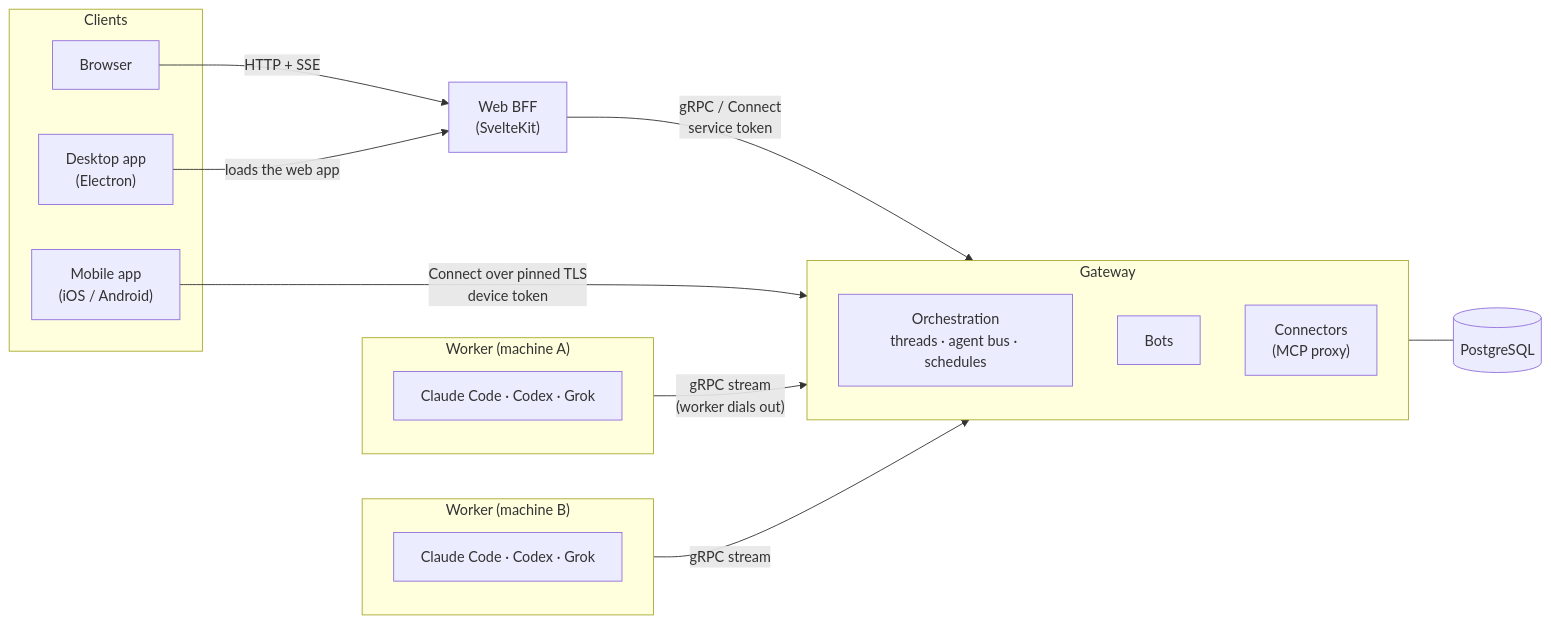
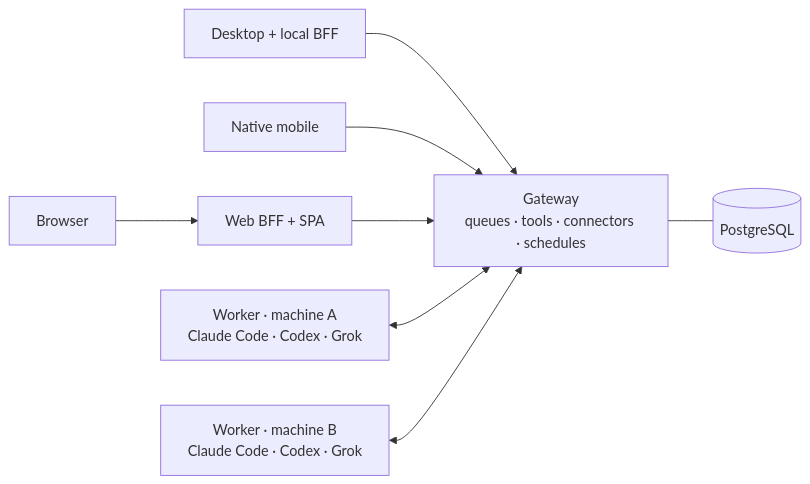
The diagram in README.md (itsoltech/canopy), drawn with Mermaid before and after one commit. The commit also changed other lines of this file and 24 other files, not shown here.

Commit message:
docs: refresh product readme and architecture

````diff
--- a/README.md
+++ b/README.md
@@ -85,33 +79,10 @@
 ```mermaid
 flowchart LR
-  subgraph Clients
-    Browser["Browser"]
-    Desktop["Desktop app<br/>(Electron)"]
-    Mobile["Mobile app<br/>(iOS / Android)"]
-  end
-
-  Web["Web BFF<br/>(SvelteKit)"]
-
-  subgraph GW["Gateway"]
-    Core["Orchestration<br/>threads · agent bus · schedules"]
-    Bots["Bots"]
-    Conn["Connectors<br/>(MCP proxy)"]
-  end
-
-  DB[("PostgreSQL")]
-
-  subgraph W1["Worker (machine A)"]
-    A1["Claude Code · Codex · Grok"]
-  end
-  subgraph W2["Worker (machine B)"]
-    A2["Claude Code · Codex · Grok"]
-  end
-
-  Browser -- "HTTP + SSE" --> Web
-  Desktop -- "loads the web app" --> Web
-  Web -- "gRPC / Connect<br/>service token" --> GW
-  Mobile -- "Connect over pinned TLS<br/>device token" --> GW
-  GW --- DB
-  W1 -- "gRPC stream<br/>(worker dials out)" --> GW
-  W2 -- "gRPC stream" --> GW
+  Browser["Browser"] --> BFF["Web BFF + SPA"]
+  Desktop["Desktop + local BFF"] --> Gateway
+  Mobile["Native mobile"] --> Gateway
+  BFF --> Gateway["Gateway<br/>queues · tools · connectors · schedules"]
+  Gateway --- DB[("PostgreSQL")]
+  WorkerA["Worker · machine A<br/>Claude Code · Codex · Grok"] <--> Gateway
+  WorkerB["Worker · machine B<br/>Claude Code · Codex · Grok"] <--> Gateway
 ```
````
